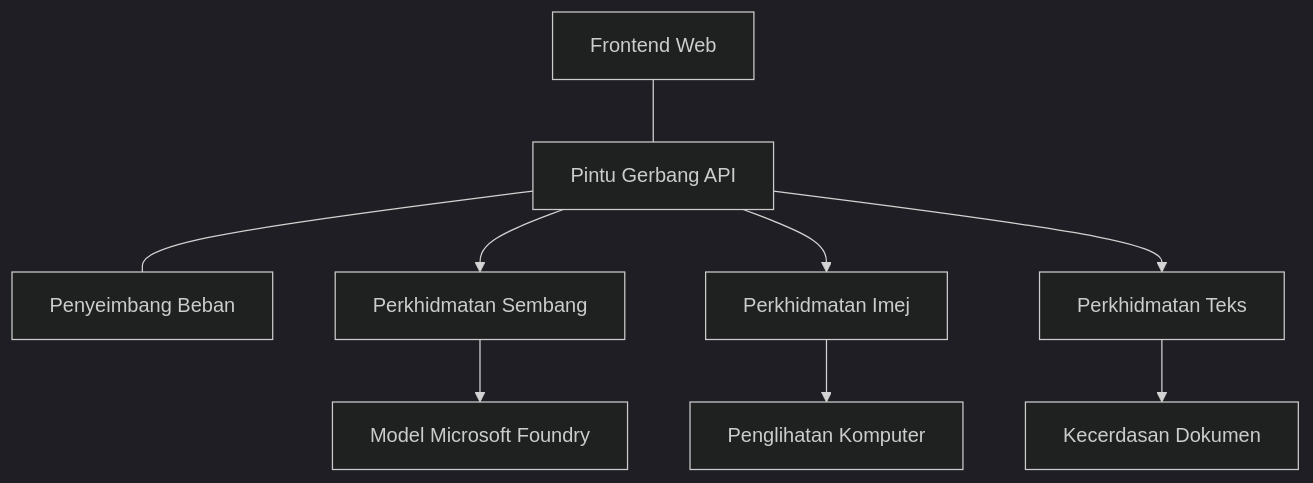
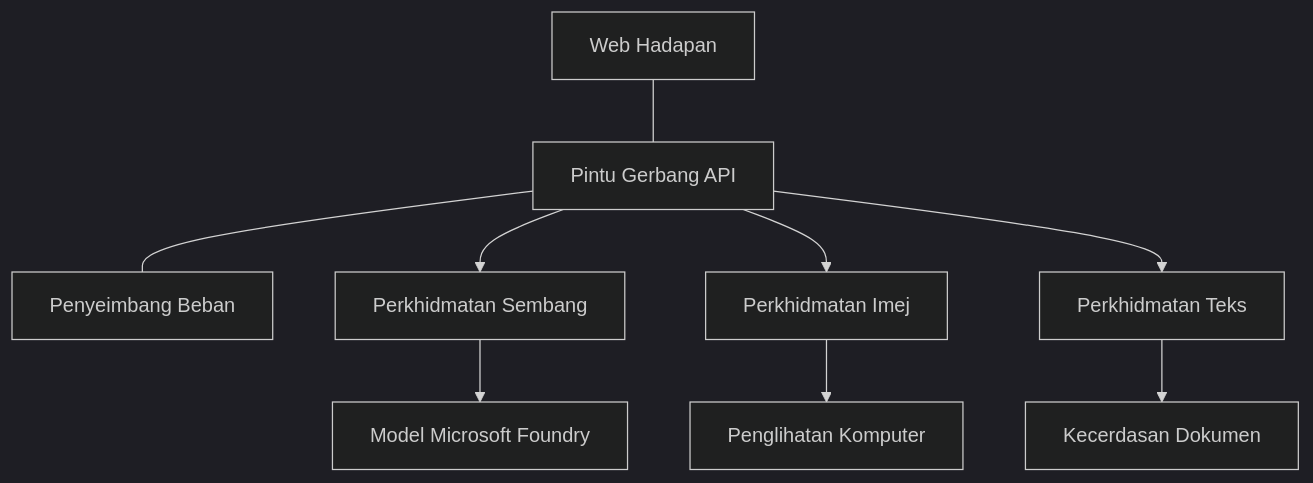
The diagram in translations/ms/docs/chapter-08-production/production-ai-practices.md (microsoft/AZD-for-beginners), drawn with Mermaid (dark theme) before and after one commit. The commit also changed other lines of this file and 104 other files, not shown here.

````diff
--- a/translations/ms/docs/chapter-08-production/production-ai-practices.md
+++ b/translations/ms/docs/chapter-08-production/production-ai-practices.md
@@ -30,10 +30,10 @@
 ```mermaid
 graph TD
-    Frontend[Frontend Web] --- Gateway[Pintu Gerbang API] --- LB[Penyeimbang Beban]
+    Frontend[Web Hadapan] --- Gateway[Pintu Gerbang API] --- LB[Penyeimbang Beban]
     Gateway --> Chat[Perkhidmatan Sembang]
     Gateway --> Image[Perkhidmatan Imej]
     Gateway --> Text[Perkhidmatan Teks]
     Chat --> OpenAI[Model Microsoft Foundry]
     Image --> Vision[Penglihatan Komputer]
     Text --> DocIntel[Kecerdasan Dokumen]
-```  
+```
````
